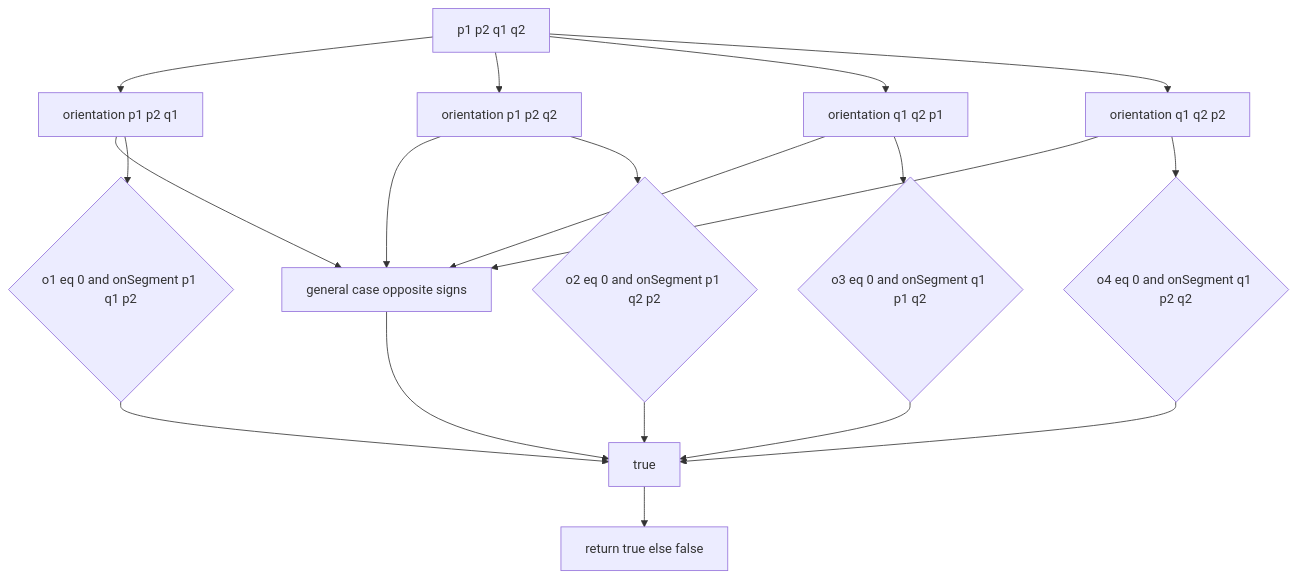
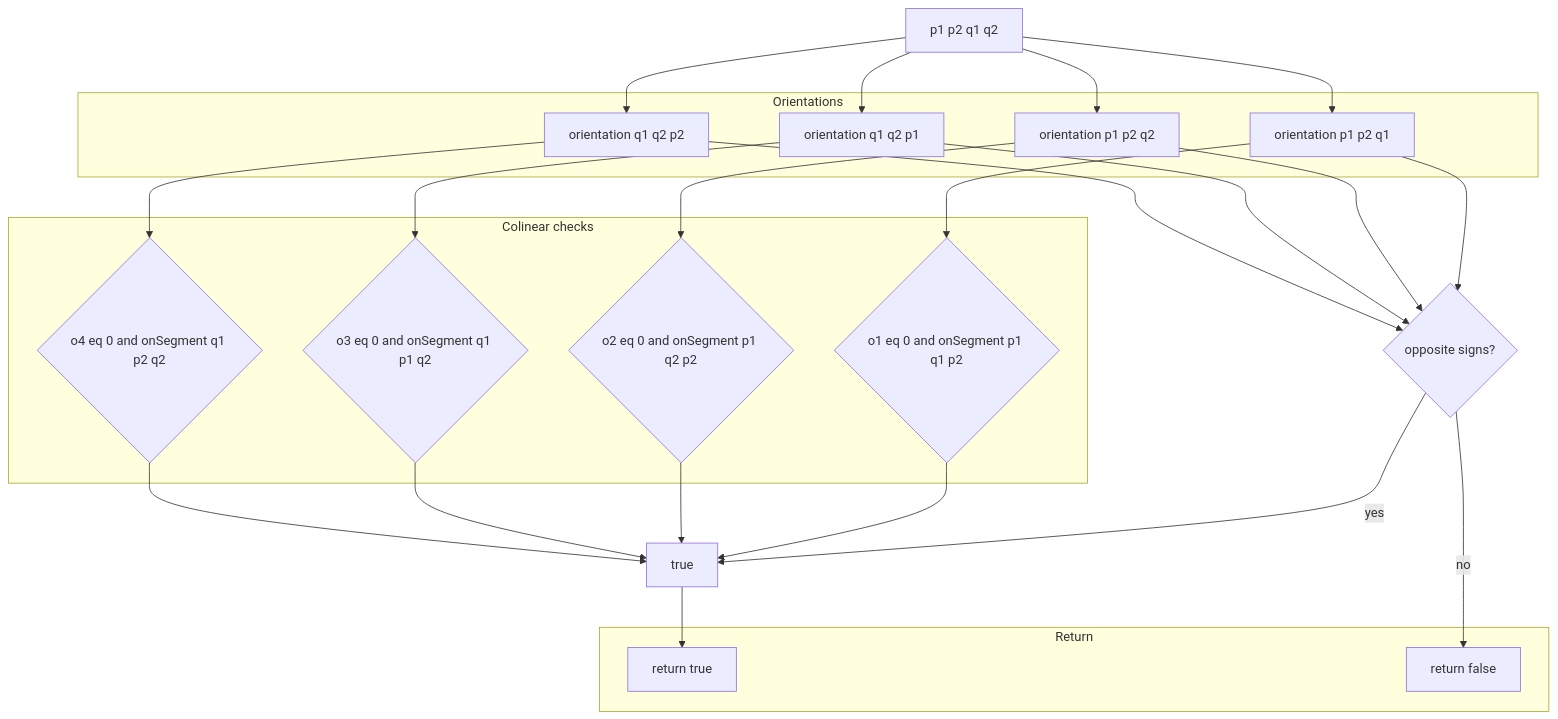
Before and after one commit to Gh0st352/AETHR: the second of 4 diagrams in docs/poly/intersections_and_orientation.md, drawn with Mermaid. The commit also changed other lines of this file and 9 other files, not shown here.

First line of the commit message:
docs(poly): improve README headings and mermaid diagrams

````diff
--- a/docs/poly/intersections_and_orientation.md
+++ b/docs/poly/intersections_and_orientation.md
@@ -32,18 +48,48 @@
 ```mermaid
+%% shared theme: docs/_mermaid/theme.json %%
 flowchart TD
   IN[p1 p2 q1 q2] --> O1[orientation p1 p2 q1]
   IN --> O2[orientation p1 p2 q2]
   IN --> O3[orientation q1 q2 p1]
   IN --> O4[orientation q1 q2 p2]
-  O1 & O2 & O3 & O4 --> GEN[general case opposite signs]
-  GEN --> YES[true]
+
+  O1 --> GEN{opposite signs?}
+  O2 --> GEN
+  O3 --> GEN
+  O4 --> GEN
+  GEN -->|yes| TRUE[true]
+
   O1 --> C1{o1 eq 0 and onSegment p1 q1 p2}
   O2 --> C2{o2 eq 0 and onSegment p1 q2 p2}
   O3 --> C3{o3 eq 0 and onSegment q1 p1 q2}
   O4 --> C4{o4 eq 0 and onSegment q1 p2 q2}
-  C1 --> YES
-  C2 --> YES
-  C3 --> YES
-  C4 --> YES
-  YES --> OUT[return true else false]
+  C1 --> TRUE
+  C2 --> TRUE
+  C3 --> TRUE
+  C4 --> TRUE
+
+  TRUE --> OUT[return true]
+  GEN -->|no| OUT2[return false]
+
+  subgraph "Orientations"
+    O1
+    O2
+    O3
+    O4
+  end
+  subgraph "Colinear checks"
+    C1
+    C2
+    C3
+    C4
+  end
+  subgraph "Return"
+    OUT
+    OUT2
+  end
+
+  class IN class_io;
+  class O1,O2,O3,O4 class_compute;
+  class GEN,C1,C2,C3,C4 class_decision;
+  class OUT,OUT2,TRUE class_result;
 ```
````
